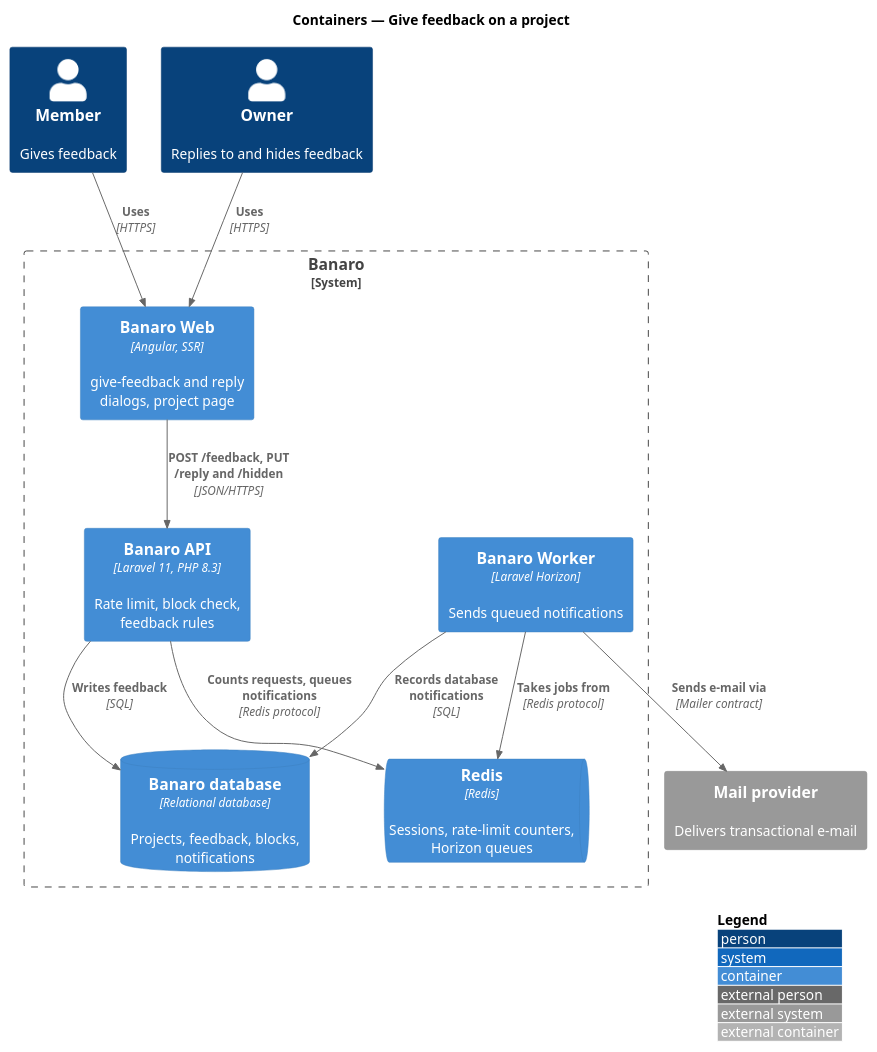
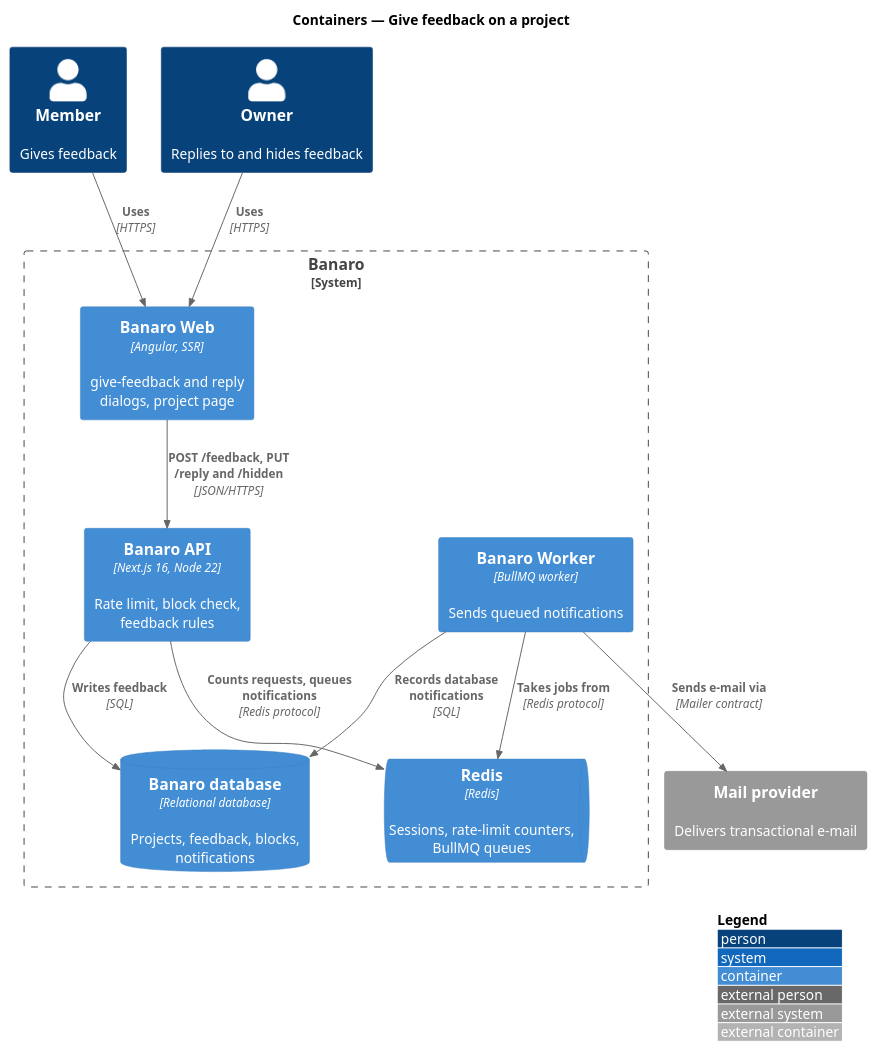
Before and after one commit to QuinntyneBrown/banaro: the diagram in docs/detailed-designs/projects/give-feedback/diagrams/c4-container.puml, drawn with PlantUML. The commit also changed 321 other files, not shown here.

First line of the commit message:
docs(detailed-designs): describe the backend as Next.js on Node (in progress)

```diff
--- a/docs/detailed-designs/projects/give-feedback/diagrams/c4-container.puml
+++ b/docs/detailed-designs/projects/give-feedback/diagrams/c4-container.puml
@@ -1,26 +1,26 @@
 @startuml
 !include <C4/C4_Container>
 LAYOUT_WITH_LEGEND()
 title Containers — Give feedback on a project
 
 Person(member, "Member", "Gives feedback")
 Person(owner, "Owner", "Replies to and hides feedback")
 System_Ext(mail, "Mail provider", "Delivers transactional e-mail")
 
 System_Boundary(banaro, "Banaro") {
   Container(web, "Banaro Web", "Angular, SSR", "give-feedback and reply dialogs, project page")
-  Container(api, "Banaro API", "Laravel 11, PHP 8.3", "Rate limit, block check, feedback rules")
-  Container(worker, "Banaro Worker", "Laravel Horizon", "Sends queued notifications")
+  Container(api, "Banaro API", "Next.js 16, Node 22", "Rate limit, block check, feedback rules")
+  Container(worker, "Banaro Worker", "BullMQ worker", "Sends queued notifications")
   ContainerDb(db, "Banaro database", "Relational database", "Projects, feedback, blocks, notifications")
-  ContainerQueue(redis, "Redis", "Redis", "Sessions, rate-limit counters, Horizon queues")
+  ContainerQueue(redis, "Redis", "Redis", "Sessions, rate-limit counters, BullMQ queues")
 }
 
 Rel(member, web, "Uses", "HTTPS")
 Rel(owner, web, "Uses", "HTTPS")
 Rel(web, api, "POST /feedback, PUT /reply and /hidden", "JSON/HTTPS")
 Rel(api, db, "Writes feedback", "SQL")
 Rel(api, redis, "Counts requests, queues notifications", "Redis protocol")
 Rel(worker, redis, "Takes jobs from", "Redis protocol")
 Rel(worker, db, "Records database notifications", "SQL")
 Rel(worker, mail, "Sends e-mail via", "Mailer contract")
 @enduml
```
